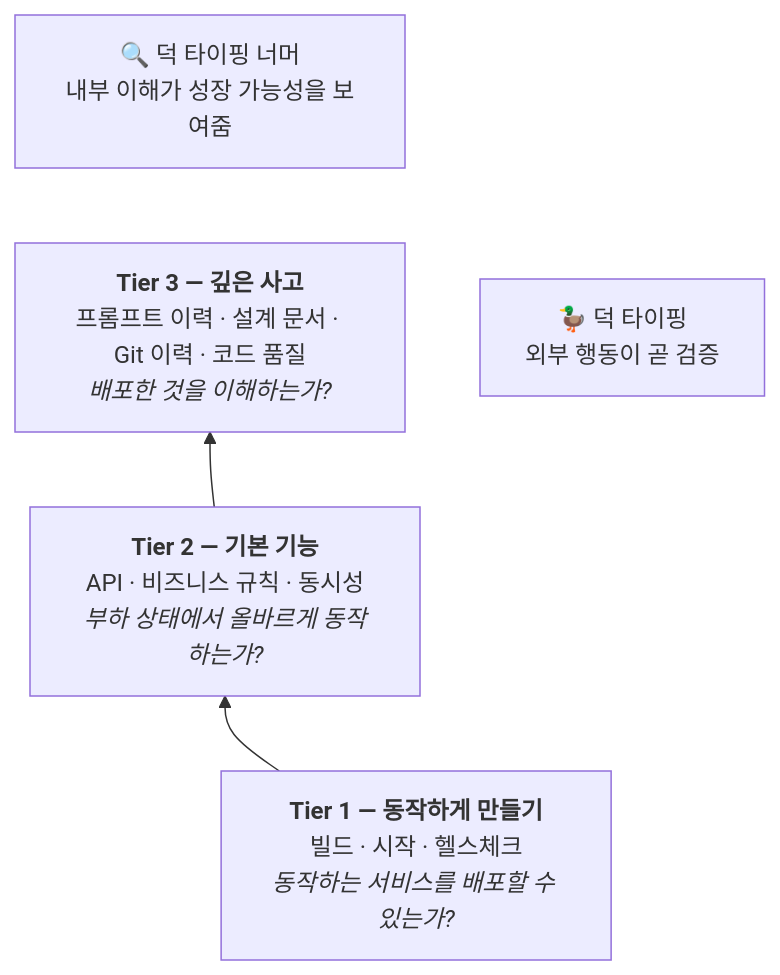
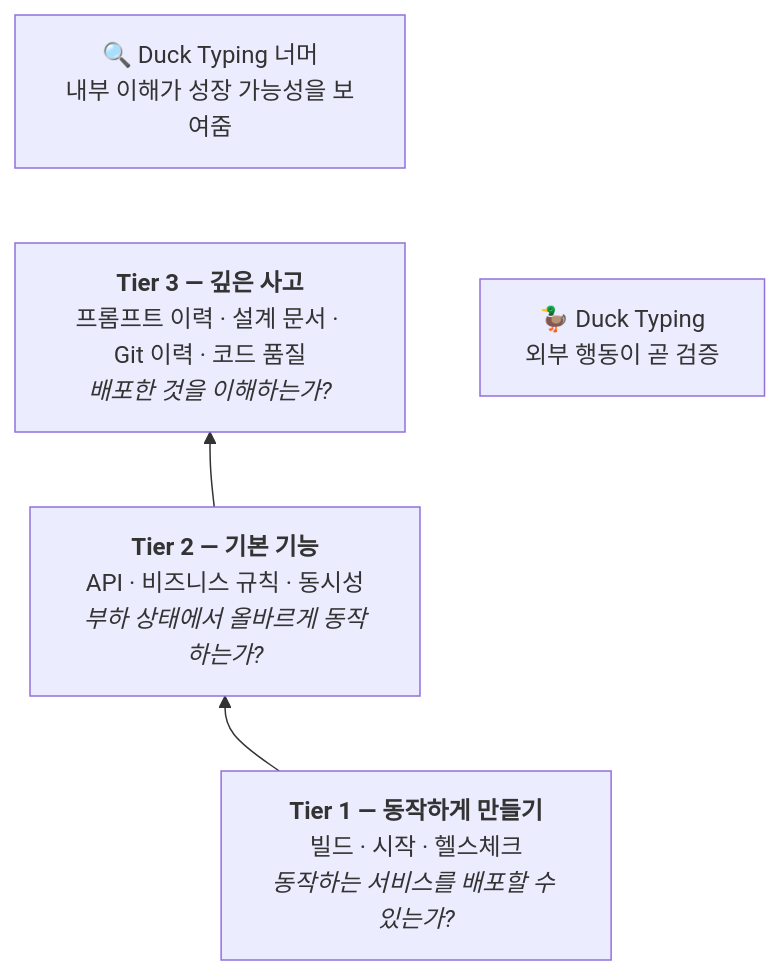
Before and after one commit to taokim/taokim.github.io: the fourth of 4 diagrams in content/posts/2026-02-24-ai-native-hiring-philosophy.ko.md, drawn with Mermaid. The commit also changed other lines of this file and 2 other files, not shown here.

```diff
--- a/content/posts/2026-02-24-ai-native-hiring-philosophy.ko.md
+++ b/content/posts/2026-02-24-ai-native-hiring-philosophy.ko.md
@@ -265,15 +269,15 @@
 {{< mermaid title="3-Tier 평가 모델" >}}
 graph BT
     T1["<b>Tier 1 — 동작하게 만들기</b><br/>빌드 · 시작 · 헬스체크<br/><i>동작하는 서비스를 배포할 수 있는가?</i>"]
     T2["<b>Tier 2 — 기본 기능</b><br/>API · 비즈니스 규칙 · 동시성<br/><i>부하 상태에서 올바르게 동작하는가?</i>"]
     T3["<b>Tier 3 — 깊은 사고</b><br/>프롬프트 이력 · 설계 문서 · Git 이력 · 코드 품질<br/><i>배포한 것을 이해하는가?</i>"]
 
     T1 --> T2 --> T3
 
-    DT["🦆 덕 타이핑<br/>외부 행동이 곧 검증"]
-    BDT["🔍 덕 타이핑 너머<br/>내부 이해가 성장 가능성을 보여줌"]
+    DT["🦆 Duck Typing<br/>외부 행동이 곧 검증"]
+    BDT["🔍 Duck Typing 너머<br/>내부 이해가 성장 가능성을 보여줌"]
 
     T1 ~~~ DT
     T2 ~~~ DT
     T3 ~~~ BDT
 {{< /mermaid >}}
```
